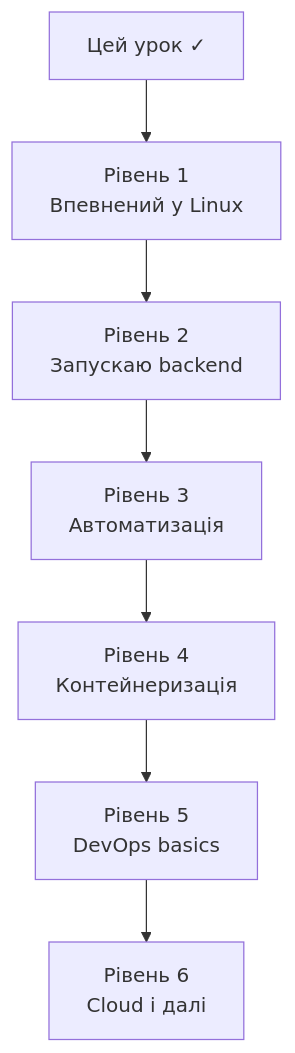
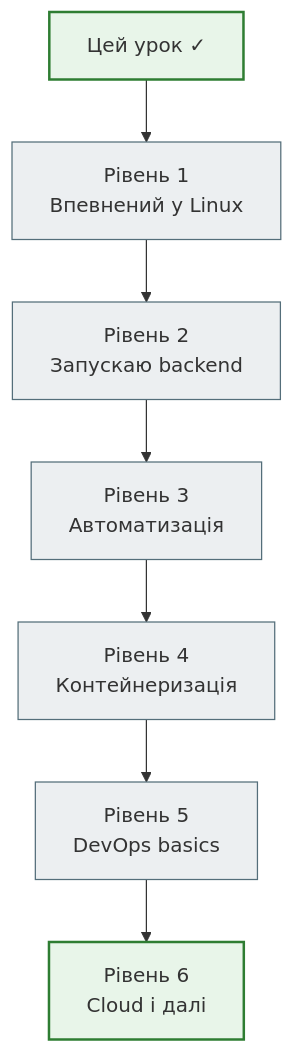
One commit to NikoriakViktot/notes_chat_app changed the first of 2 diagrams in docs/11_deployment/deploy_18_roadmap_next_steps_full.md. Above: the diagram before and after it, drawn with Mermaid. The commit also changed other lines of this file and 441 other files, not shown here.

First line of the commit message:
Add English version of the book, Mermaid standard, docs fixes

````diff
--- a/docs/11_deployment/deploy_18_roadmap_next_steps_full.md
+++ b/docs/11_deployment/deploy_18_roadmap_next_steps_full.md
@@ -13,9 +13,15 @@
 ```mermaid
 flowchart TD
-    Start["Цей урок ✓"] --> L1["Рівень 1\nВпевнений у Linux"]
-    L1 --> L2["Рівень 2\nЗапускаю backend"]
-    L2 --> L3["Рівень 3\nАвтоматизація"]
-    L3 --> L4["Рівень 4\nКонтейнеризація"]
-    L4 --> L5["Рівень 5\nDevOps basics"]
-    L5 --> L6["Рівень 6\nCloud і далі"]
+    Start["Цей урок ✓"] --> L1["Рівень 1<br>Впевнений у Linux"]
+    L1 --> L2["Рівень 2<br>Запускаю backend"]
+    L2 --> L3["Рівень 3<br>Автоматизація"]
+    L3 --> L4["Рівень 4<br>Контейнеризація"]
+    L4 --> L5["Рівень 5<br>DevOps basics"]
+    L5 --> L6["Рівень 6<br>Cloud і далі"]
+
+    classDef step     fill:#eceff1,stroke:#546e7a,stroke-width:1px;
+    classDef success  fill:#e8f5e9,stroke:#2e7d32,stroke-width:2px;
+
+    class L1,L2,L3,L4,L5 step;
+    class Start,L6 success;
 ```
````
